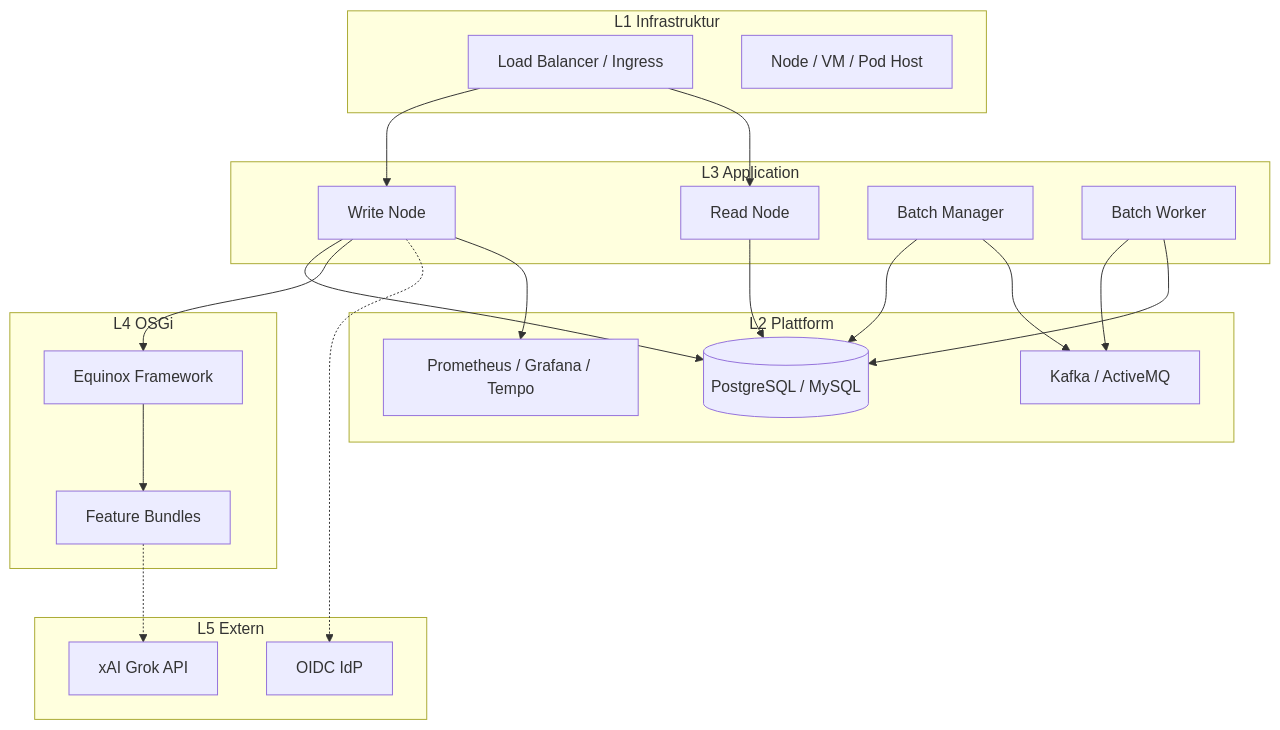
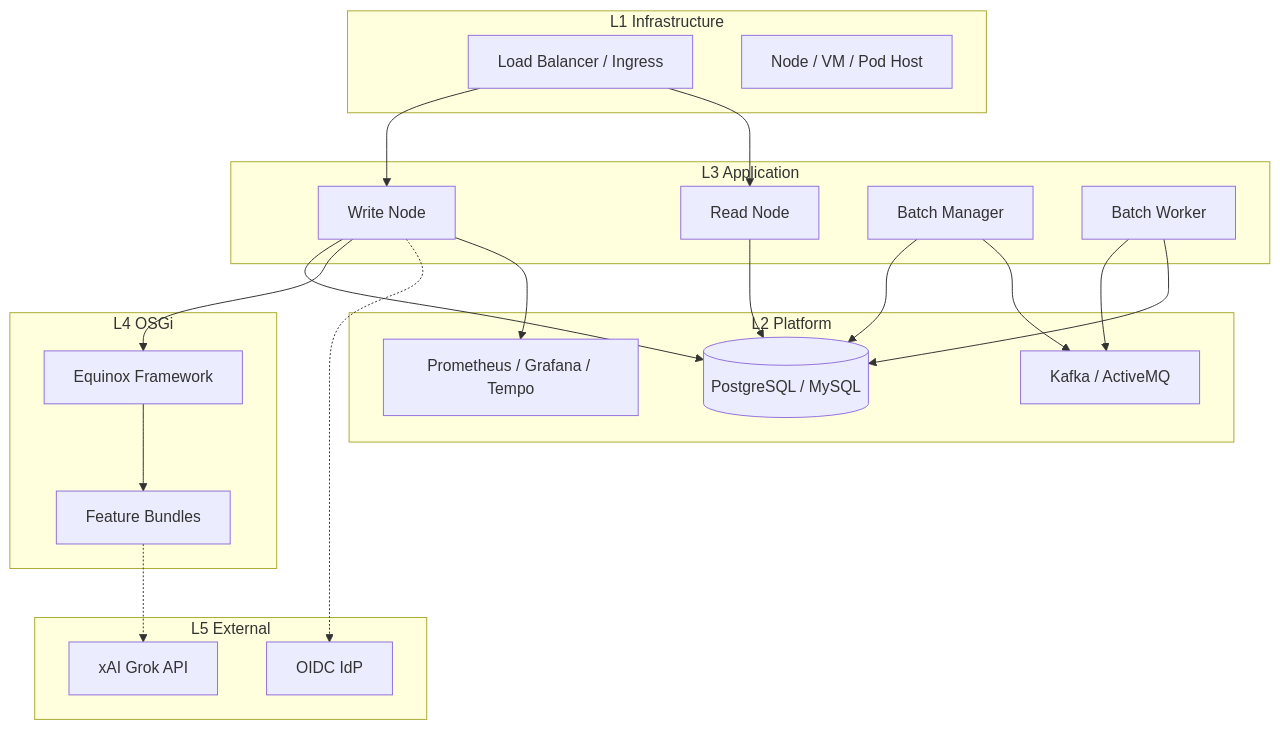
One commit to RainerMaxWallscheid/fineract-osgi changed the first of 8 diagrams in docs/arc42/05_deployment_view.md. Above: the diagram before and after it, drawn with Mermaid. The commit also changed other lines of this file and 38 other files, not shown here.

````diff
--- a/docs/arc42/05_deployment_view.md
+++ b/docs/arc42/05_deployment_view.md
@@ -21,44 +21,44 @@
 ```mermaid
 flowchart TB
-    subgraph L1["L1 Infrastruktur"]
+    subgraph L1["L1 Infrastructure"]
         LB[Load Balancer / Ingress]
         N1[Node / VM / Pod Host]
     end
 
-    subgraph L2["L2 Plattform"]
+    subgraph L2["L2 Platform"]
         DB[(PostgreSQL / MySQL)]
         MQ[Kafka / ActiveMQ]
         OBS[Prometheus / Grafana / Tempo]
     end
 
     subgraph L3["L3 Application"]
         W[Write Node]
         R[Read Node]
         BM[Batch Manager]
         BW[Batch Worker]
     end
 
     subgraph L4["L4 OSGi"]
         EQ[Equinox Framework]
         B[Feature Bundles]
     end
 
-    subgraph L5["L5 Extern"]
+    subgraph L5["L5 External"]
         KI[xAI Grok API]
         IDP[OIDC IdP]
     end
 
     LB --> W
     LB --> R
     W --> DB
     R --> DB
     BM --> DB
     BM --> MQ
     BW --> MQ
     BW --> DB
     W --> EQ
     EQ --> B
     B -.-> KI
     W -.-> IDP
     W --> OBS
 ```
````
